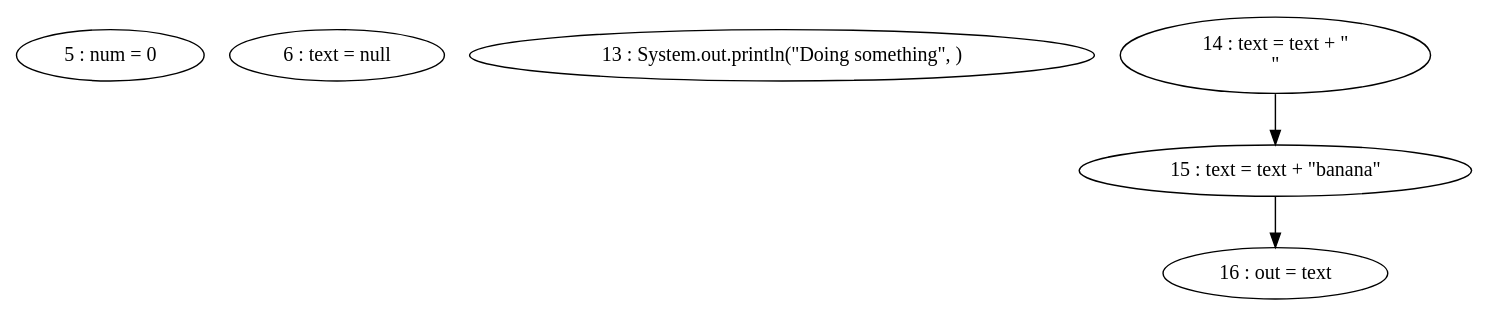
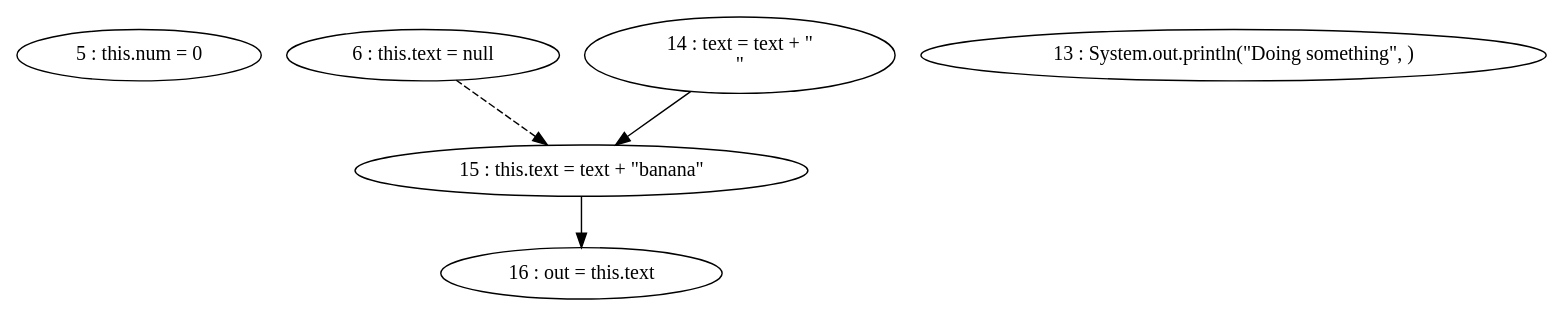
One commit to thomassimko/thesis-code-duplication changed the diagram in pdg/source/testObject-doSomething.gv. Above: the diagram before and after it, drawn with Graphviz. The commit also changed 61 other files, not shown here.

```diff
--- a/pdg/source/testObject-doSomething.gv
+++ b/pdg/source/testObject-doSomething.gv
@@ -1,10 +1,11 @@
 digraph G {
-"5 : num = 0"
-"6 : text = null"
+"5 : this.num = 0"
+"6 : this.text = null"
+"6 : this.text = null" -> "15 : this.text = text + \"banana\"" [style=dashed]
 "13 : System.out.println(\"Doing something\", )"
 "14 : text = text + \"\n\""
-"14 : text = text + \"\n\"" -> "15 : text = text + \"banana\""
-"15 : text = text + \"banana\""
-"15 : text = text + \"banana\"" -> "16 : out = text"
-"16 : out = text"
+"14 : text = text + \"\n\"" -> "15 : this.text = text + \"banana\""
+"15 : this.text = text + \"banana\""
+"15 : this.text = text + \"banana\"" -> "16 : out = this.text"
+"16 : out = this.text"
 }
```
